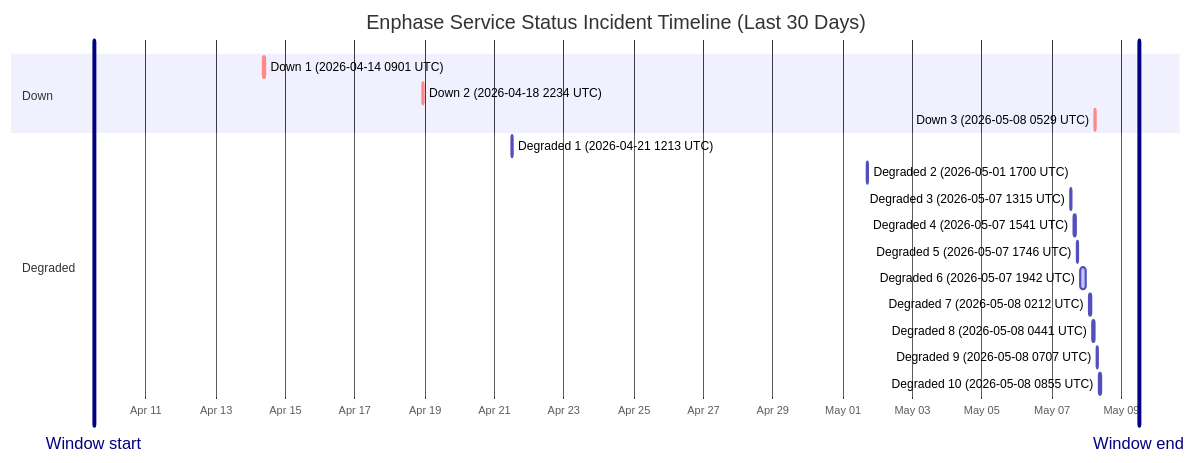
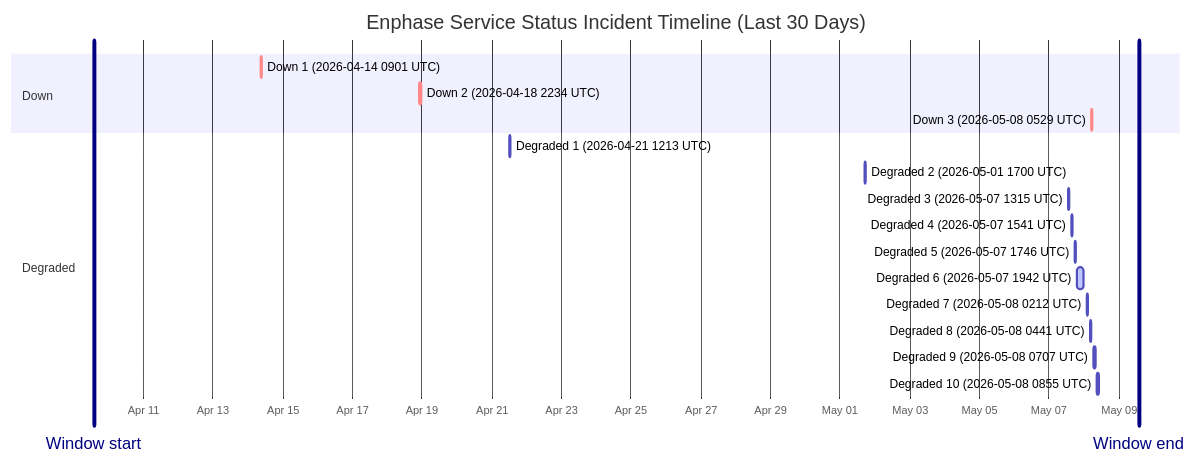
Before and after one commit to barneyonline/ha-enphase-ev-charger: the diagram in wiki/Service-Status-History.md, drawn with Mermaid. The commit also changed other lines of this file and 3 other files, not shown here.

````diff
--- a/wiki/Service-Status-History.md
+++ b/wiki/Service-Status-History.md
@@ -14,23 +14,23 @@
 ```mermaid
 gantt
     title Enphase Service Status Incident Timeline (Last 30 Days)
     dateFormat  YYYY-MM-DDTHH:mm:ss
     axisFormat  %b %d
-    Window start :vert, window-start, 2026-04-09T12:09:03, 0ms
-    Window end :vert, window-end, 2026-05-09T12:09:03, 0ms
+    Window start :vert, window-start, 2026-04-09T13:57:58, 0ms
+    Window end :vert, window-end, 2026-05-09T13:57:58, 0ms
     section Down
     Down 1 (2026-04-14 0901 UTC) :crit, down-1, 2026-04-14T09:01:13, 60m
     Down 2 (2026-04-18 2234 UTC) :crit, down-2, 2026-04-18T22:34:13, 60m
     Down 3 (2026-05-08 0529 UTC) :crit, down-3, 2026-05-08T05:29:47, 60m
     section Degraded
     Degraded 1 (2026-04-21 1213 UTC) :active, degraded-1, 2026-04-21T12:13:11, 60m
     Degraded 2 (2026-05-01 1700 UTC) :active, degraded-2, 2026-05-01T17:00:22, 60m
     Degraded 3 (2026-05-07 1315 UTC) :active, degraded-3, 2026-05-07T13:15:25, 60m
     Degraded 4 (2026-05-07 1541 UTC) :active, degraded-4, 2026-05-07T15:41:58, 60m
     Degraded 5 (2026-05-07 1746 UTC) :active, degraded-5, 2026-05-07T17:46:51, 60m
     Degraded 6 (2026-05-07 1942 UTC) :active, degraded-6, 2026-05-07T19:42:10, 249m
     Degraded 7 (2026-05-08 0212 UTC) :active, degraded-7, 2026-05-08T02:12:39, 60m
     Degraded 8 (2026-05-08 0441 UTC) :active, degraded-8, 2026-05-08T04:41:46, 60m
     Degraded 9 (2026-05-08 0707 UTC) :active, degraded-9, 2026-05-08T07:07:30, 60m
     Degraded 10 (2026-05-08 0855 UTC) :active, degraded-10, 2026-05-08T08:55:20, 88m
 ```
````
